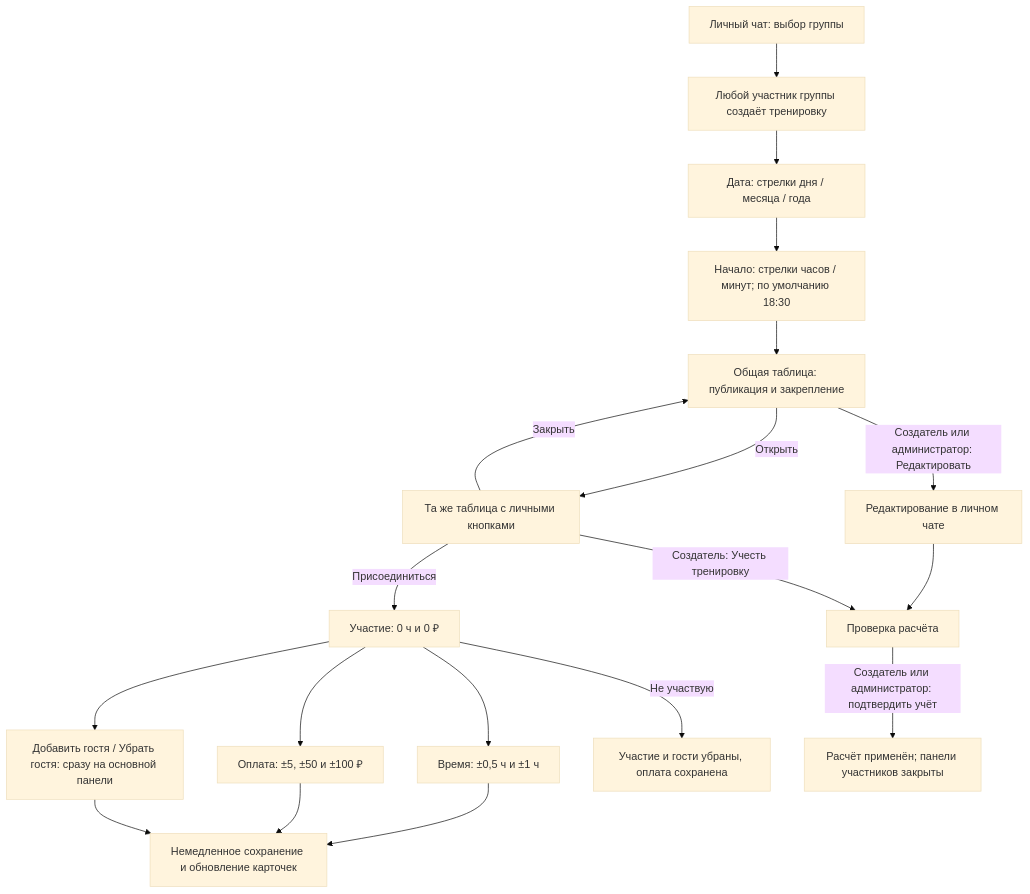
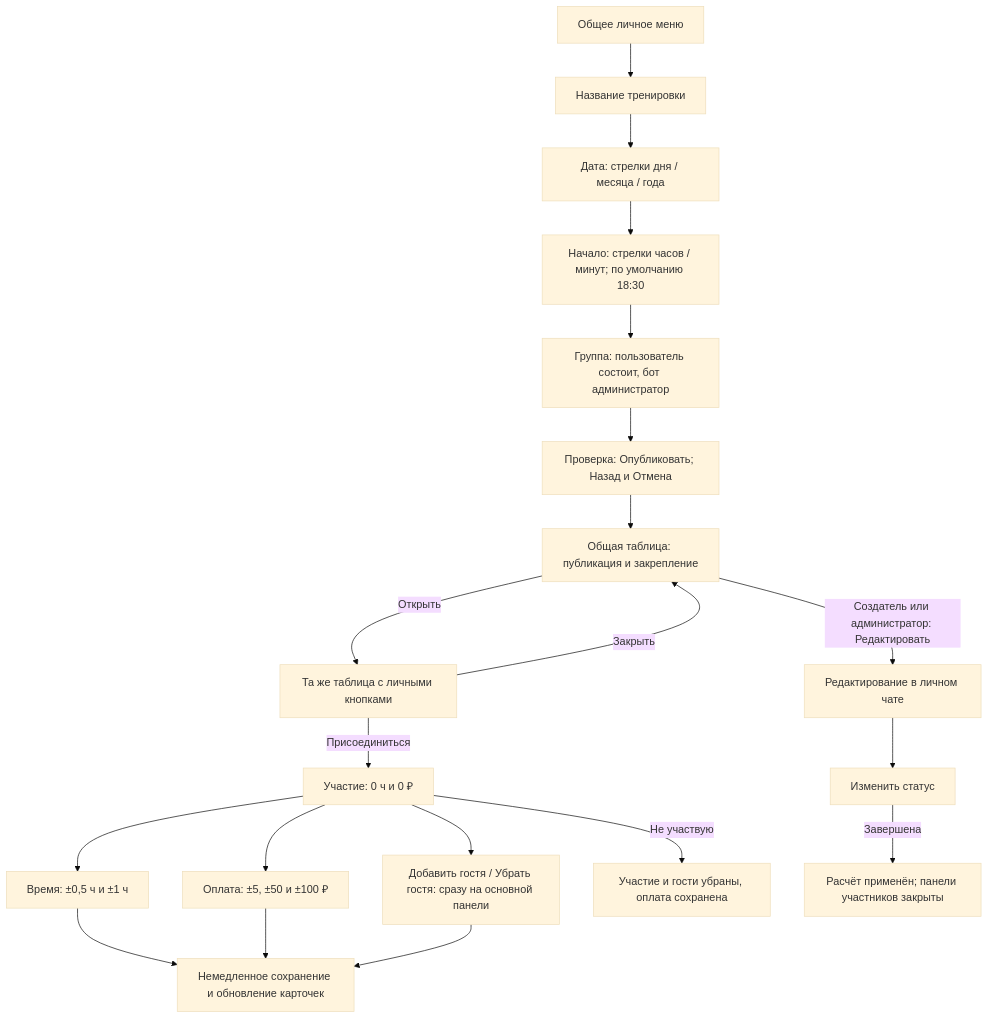
Before and after one commit to Romamor/tennis-split-bot: the first of 3 diagrams in docs/UI_FLOW_REVIEW.md, drawn with Mermaid (base theme). The commit also changed other lines of this file and 42 other files, not shown here.

Commit message:
Redesign personal menus and training editor; separate UI, rules and storage

````diff
--- a/docs/UI_FLOW_REVIEW.md
+++ b/docs/UI_FLOW_REVIEW.md
@@ -13,21 +13,22 @@
 ```mermaid
 flowchart TD
-    Menu[Личный чат: выбор группы] --> Create[Любой участник группы создаёт тренировку]
+    Menu[Общее личное меню] --> Create[Название тренировки]
     Create --> DatePicker[Дата: стрелки дня / месяца / года]
     DatePicker --> StartTime[Начало: стрелки часов / минут; по умолчанию 18:30]
-    StartTime --> Public[Общая таблица: публикация и закрепление]
+    StartTime --> PickGroup[Группа: пользователь состоит, бот администратор]
+    PickGroup --> Check[Проверка: Опубликовать; Назад и Отмена]
+    Check --> Public[Общая таблица: публикация и закрепление]
     Public -->|Открыть| Personal[Та же таблица с личными кнопками]
     Personal -->|Присоединиться| Joined[Участие: 0 ч и 0 ₽]
     Joined --> Time[Время: ±0,5 ч и ±1 ч]
     Joined --> Payment[Оплата: ±5, ±50 и ±100 ₽]
     Joined --> Guests[Добавить гостя / Убрать гостя: сразу на основной панели]
     Time --> Save[Немедленное сохранение и обновление карточек]
     Payment --> Save
     Guests --> Save
     Joined -->|Не участвую| Leave[Участие и гости убраны, оплата сохранена]
     Personal -->|Закрыть| Public
     Public -->|Создатель или администратор: Редактировать| Editor[Редактирование в личном чате]
-    Editor --> Preview[Проверка расчёта]
-    Personal -->|Создатель: Учесть тренировку| Preview
-    Preview -->|Создатель или администратор: подтвердить учёт| Accounted[Расчёт применён; панели участников закрыты]
+    Editor --> Status[Изменить статус]
+    Status -->|Завершена| Accounted[Расчёт применён; панели участников закрыты]
 ```
````
